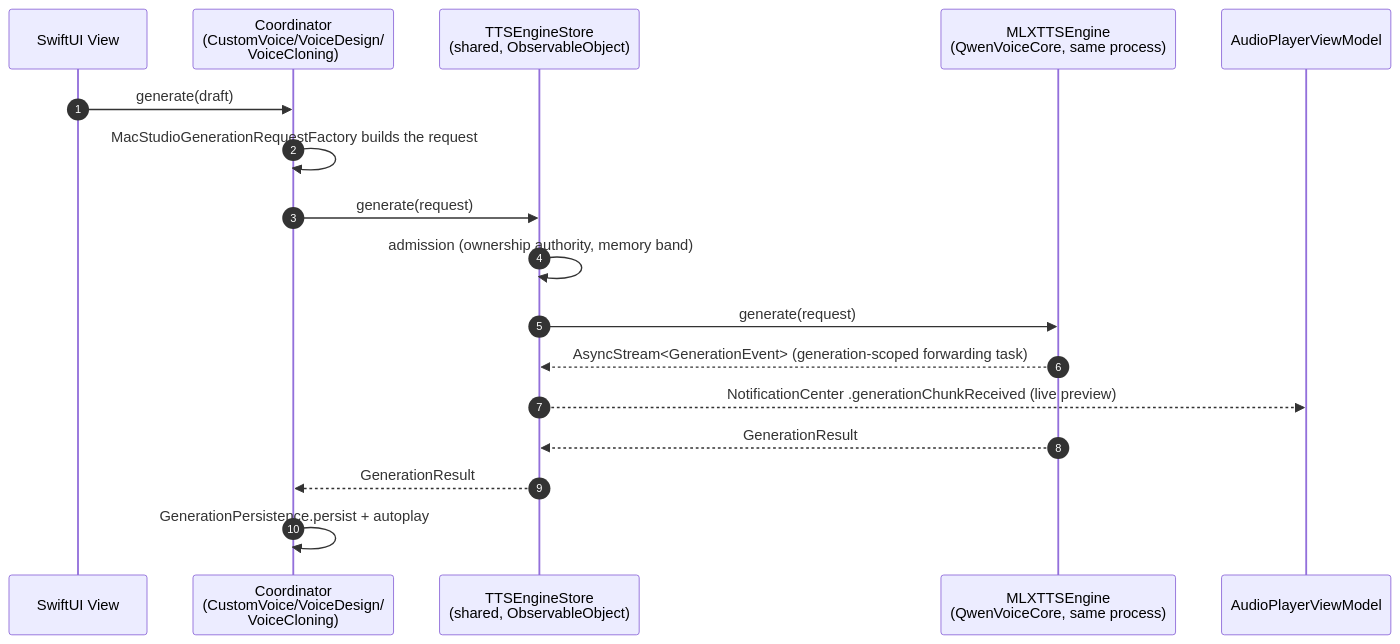
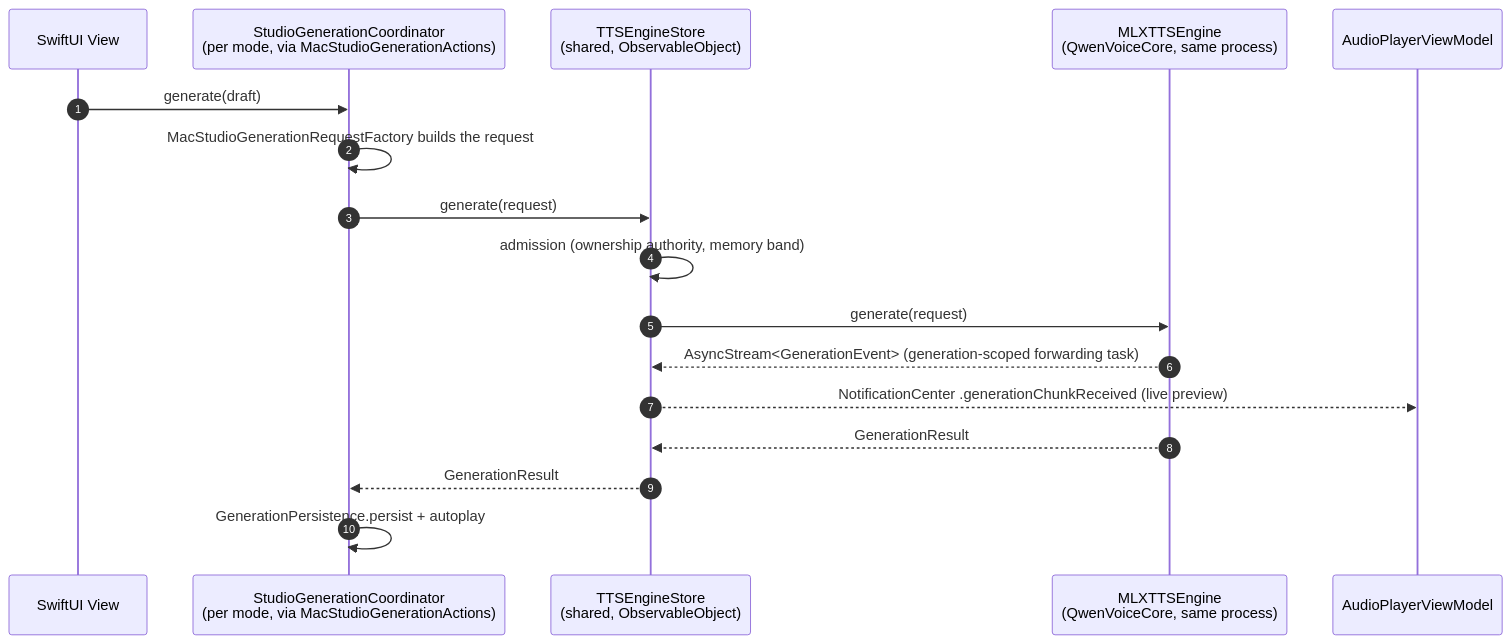
Before and after one commit to PowerBeef/Vocello: the fourth of 5 diagrams in docs/ARCHITECTURE.md, drawn with Mermaid. The commit also changed other lines of this file and 22 other files, not shown here.

````diff
--- a/docs/ARCHITECTURE.md
+++ b/docs/ARCHITECTURE.md
@@ -574,20 +574,20 @@
 ```mermaid
 sequenceDiagram
     autonumber
     participant V as SwiftUI View
-    participant C as Coordinator<br/>(CustomVoice/VoiceDesign/<br/>VoiceCloning)
+    participant C as StudioGenerationCoordinator<br/>(per mode, via MacStudioGenerationActions)
     participant S as TTSEngineStore<br/>(shared, ObservableObject)
     participant E as MLXTTSEngine<br/>(QwenVoiceCore, same process)
     participant P as AudioPlayerViewModel
 
     V->>C: generate(draft)
     C->>C: MacStudioGenerationRequestFactory builds the request
     C->>S: generate(request)
     S->>S: admission (ownership authority, memory band)
     S->>E: generate(request)
     E-->>S: AsyncStream<GenerationEvent> (generation-scoped forwarding task)
     S-->>P: NotificationCenter .generationChunkReceived (live preview)
     E-->>S: GenerationResult
     S-->>C: GenerationResult
     C->>C: GenerationPersistence.persist + autoplay
 ```
````
